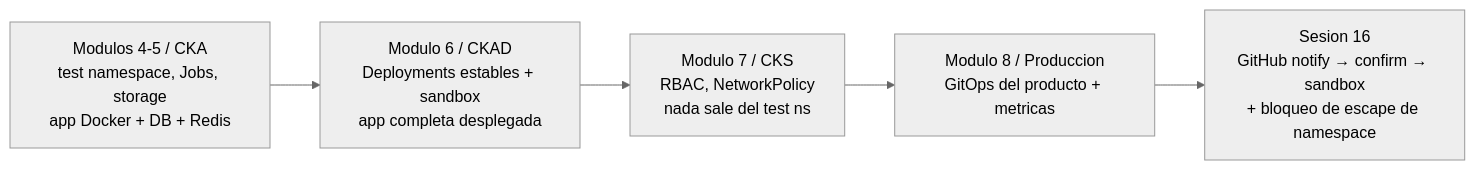
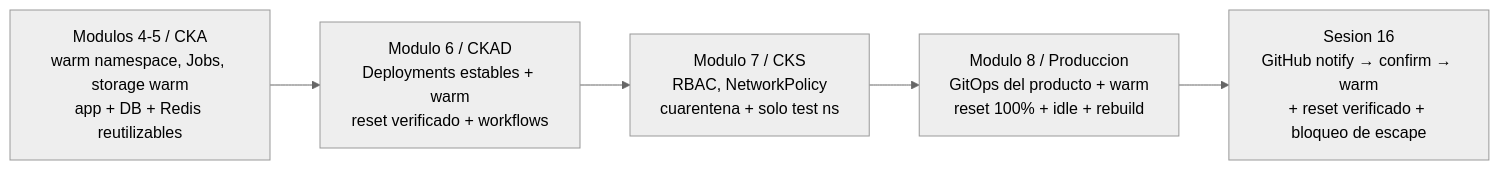
The sixth of 6 diagrams in specs/prd.md (ogaston/agentic-qa-swarm), drawn with Mermaid (neutral theme) before and after one commit. The commit also changed other lines of this file and 3 other files, not shown here.

````diff
--- a/specs/prd.md
+++ b/specs/prd.md
@@ -601,7 +614,7 @@
 ```mermaid
 flowchart LR
-    A["Modulos 4-5 / CKA<br/>test namespace, Jobs, storage<br/>app Docker + DB + Redis"] --> B["Modulo 6 / CKAD<br/>Deployments estables + sandbox<br/>app completa desplegada"]
-    B --> C["Modulo 7 / CKS<br/>RBAC, NetworkPolicy<br/>nada sale del test ns"]
-    C --> D["Modulo 8 / Produccion<br/>GitOps del producto + metricas"]
-    D --> E["Sesion 16<br/>GitHub notify → confirm → sandbox<br/>+ bloqueo de escape de namespace"]
+    A["Modulos 4-5 / CKA<br/>warm namespace, Jobs, storage warm<br/>app + DB + Redis reutilizables"] --> B["Modulo 6 / CKAD<br/>Deployments estables + warm<br/>reset verificado + workflows"]
+    B --> C["Modulo 7 / CKS<br/>RBAC, NetworkPolicy<br/>cuarentena + solo test ns"]
+    C --> D["Modulo 8 / Produccion<br/>GitOps del producto + warm<br/>reset 100% + idle + rebuild"]
+    D --> E["Sesion 16<br/>GitHub notify → confirm → warm<br/>+ reset verificado + bloqueo de escape"]
 ```
````
